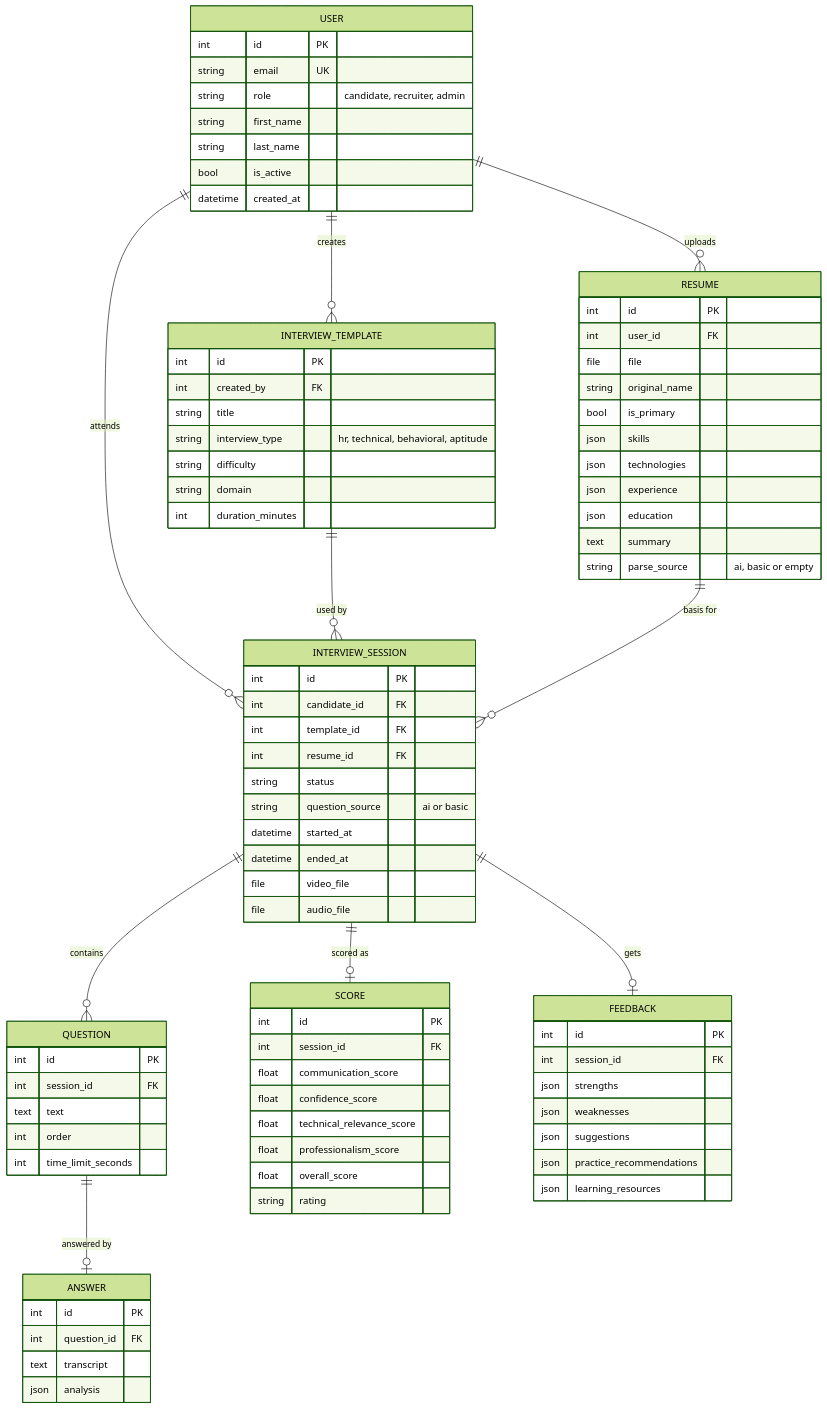
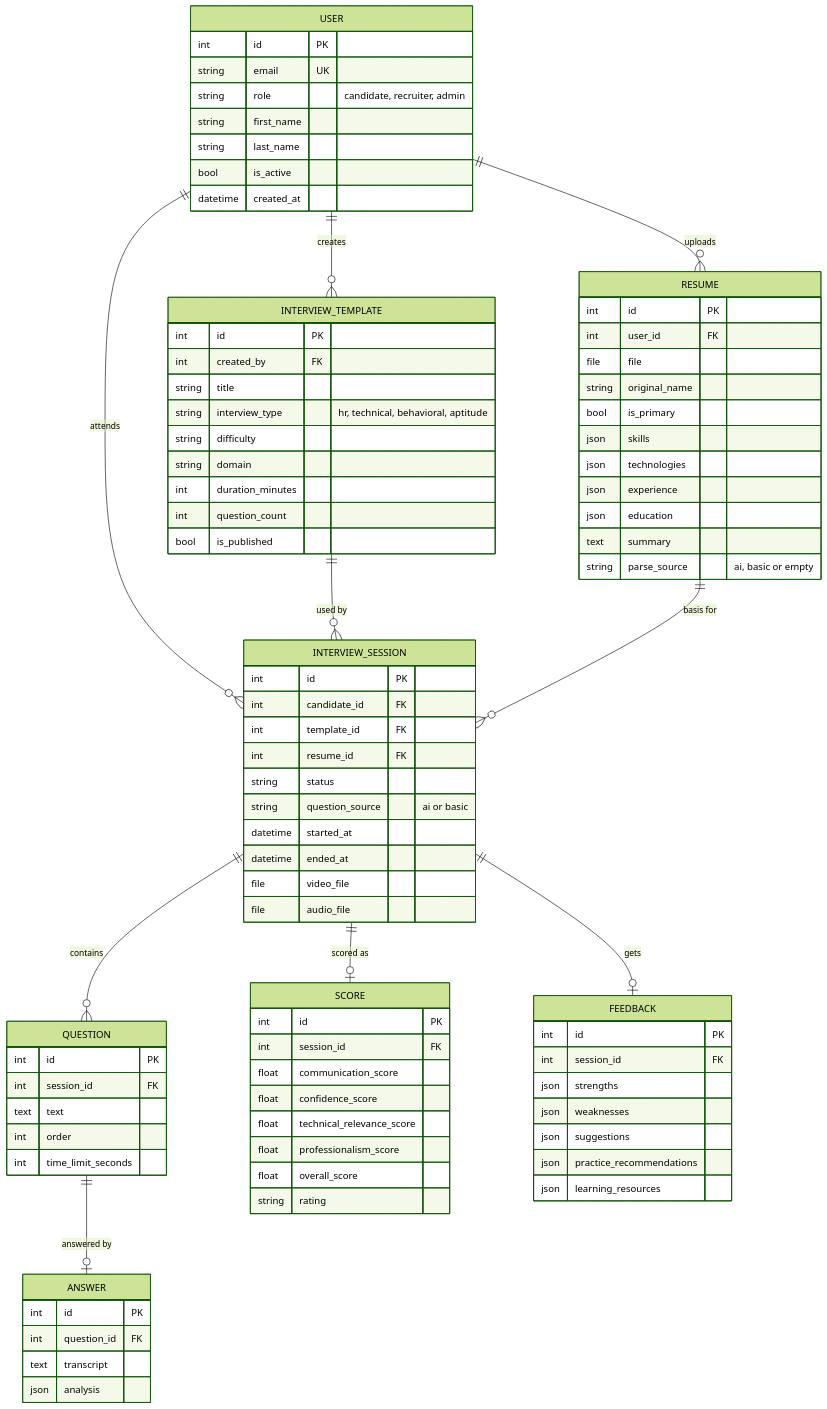
Before and after one commit to springboardmentor873-a11y/AI-Driven-Interview-Intelligence-Platform-for-Communication-and-Candidate-Skill-Evaluation: the diagram in docs/database-schema.md, drawn with Mermaid (forest theme). The commit also changed 11 other files, not shown here.

```diff
--- a/docs/database-schema.md
+++ b/docs/database-schema.md
@@ -44,6 +44,8 @@
         string difficulty
         string domain
         int duration_minutes
+        int question_count
+        bool is_published
     }
     INTERVIEW_SESSION {
         int id PK
```
